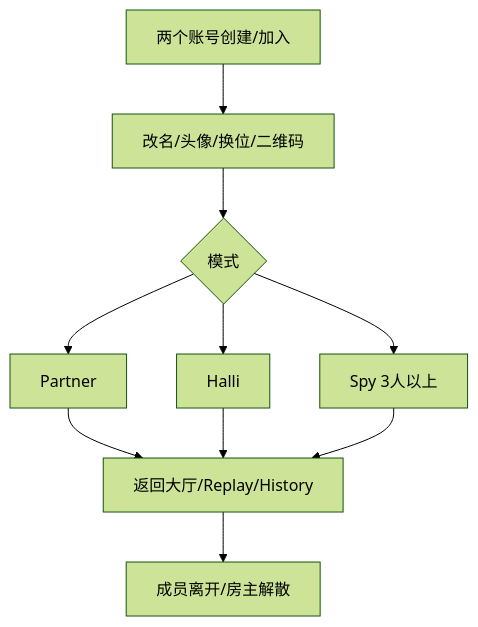
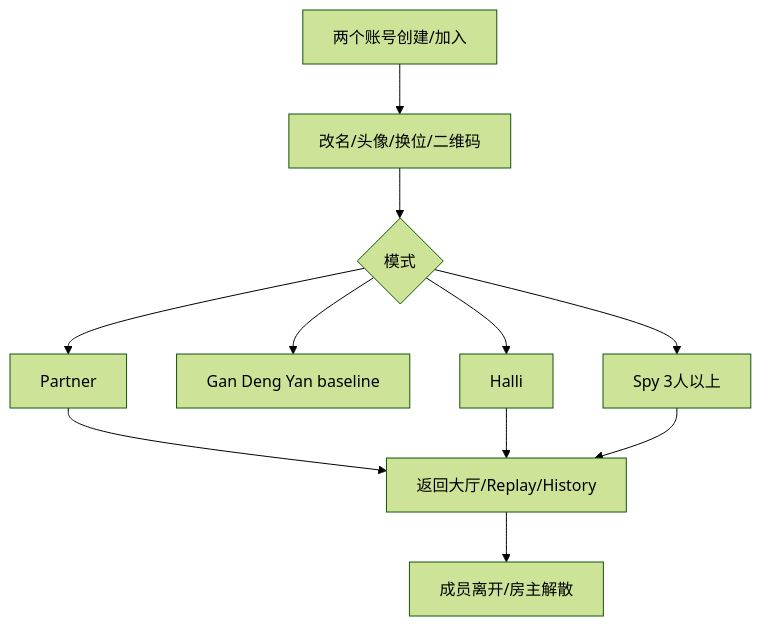
One commit to Bubble-419/cardboard-miniprogram changed the sixth of 7 diagrams in docs/ROOM_PROTOCOL_V3_DEPLOYMENT.md. Above: the diagram before and after it, drawn with Mermaid (forest theme). The commit also changed other lines of this file and 49 other files, not shown here.

Commit message:
feat: refine room flows and interaction feedback

````diff
--- a/docs/ROOM_PROTOCOL_V3_DEPLOYMENT.md
+++ b/docs/ROOM_PROTOCOL_V3_DEPLOYMENT.md
@@ -178,12 +178,13 @@
 ```mermaid
 flowchart TD
   A[两个账号创建/加入] --> B[改名/头像/换位/二维码]
   B --> C{模式}
   C --> P[Partner]
+  C --> G[Gan Deng Yan baseline]
   C --> H[Halli]
   C --> S[Spy 3人以上]
   P --> R[返回大厅/Replay/History]
   H --> R
   S --> R
   R --> X[成员离开/房主解散]
 ```
````
